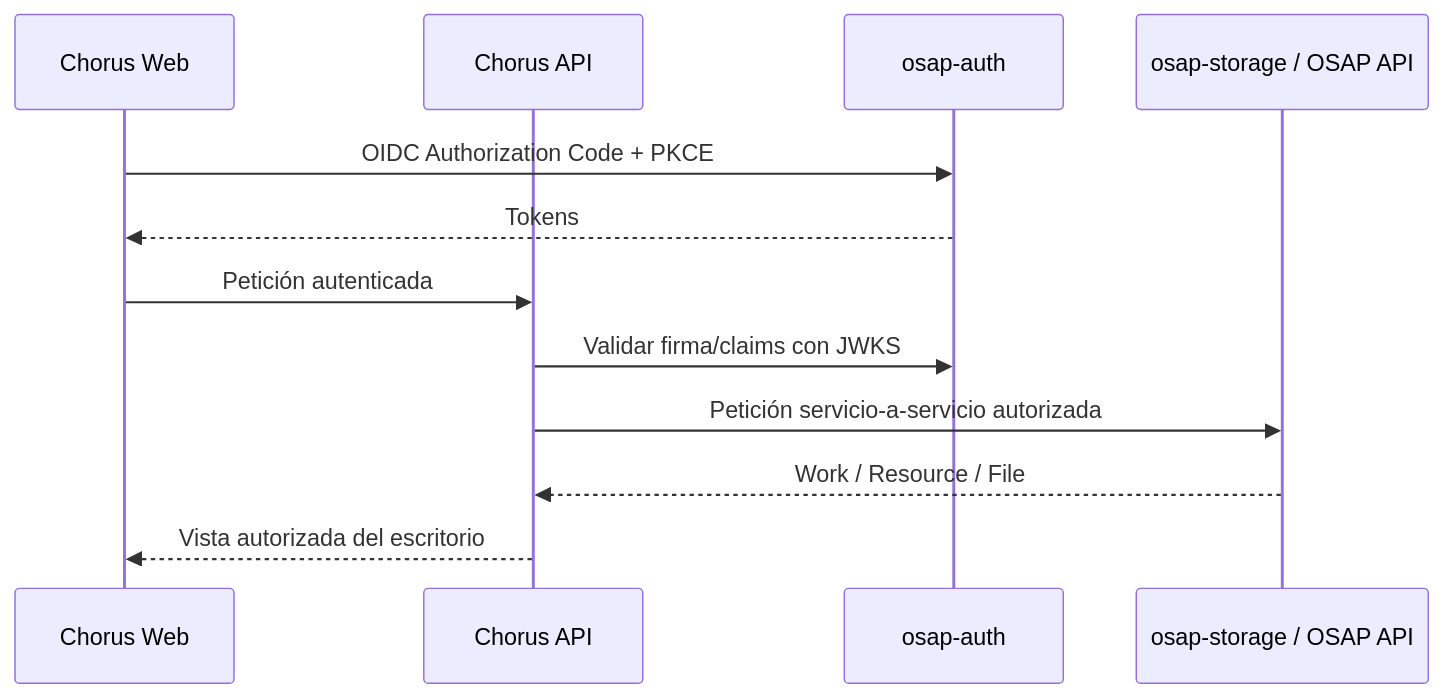
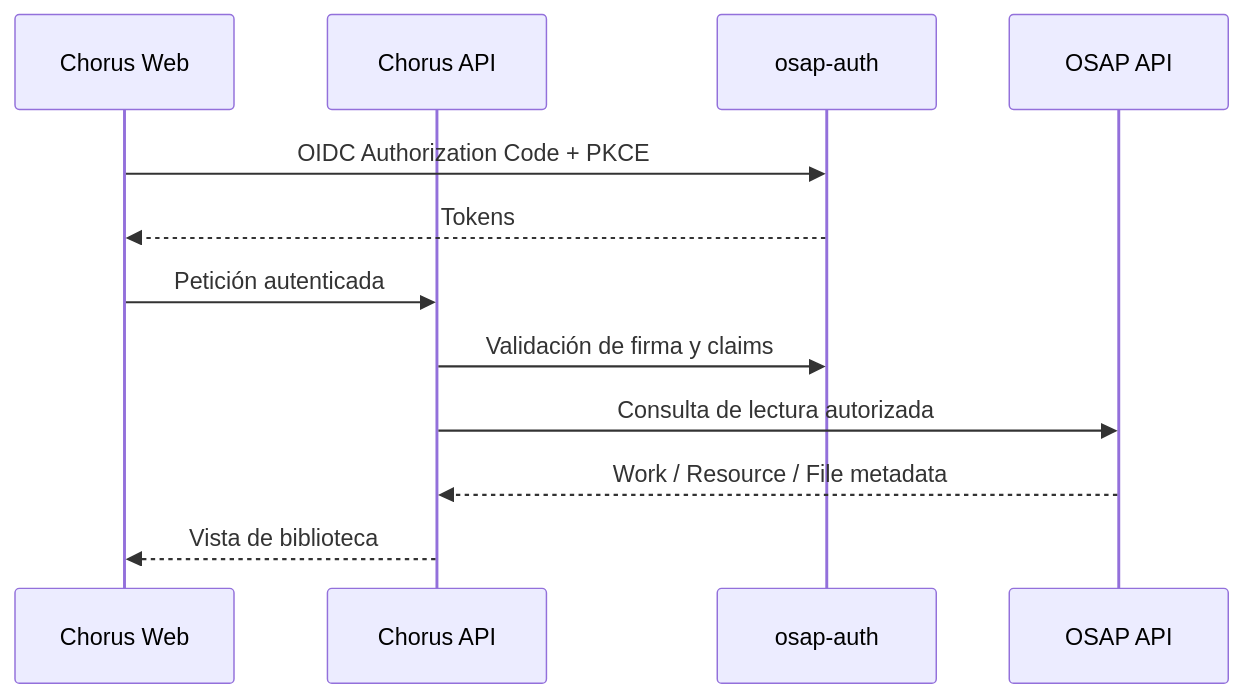
The diagram in docs/integration-contracts.md (recursosformacion/ai_chorus), drawn with Mermaid before and after one commit. The commit also changed other lines of this file, not shown here.

Commit message:
Align Chorus docs with own database and OSAP read-only scope

````diff
--- a/docs/integration-contracts.md
+++ b/docs/integration-contracts.md
@@ -59,15 +41,15 @@
 ```mermaid
 sequenceDiagram
     participant Browser as Chorus Web
     participant Chorus as Chorus API
     participant Auth as osap-auth
-    participant Storage as osap-storage / OSAP API
+    participant OSAP as OSAP API
 
     Browser->>Auth: OIDC Authorization Code + PKCE
     Auth-->>Browser: Tokens
     Browser->>Chorus: Petición autenticada
-    Chorus->>Auth: Validar firma/claims con JWKS
-    Chorus->>Storage: Petición servicio-a-servicio autorizada
-    Storage-->>Chorus: Work / Resource / File
-    Chorus-->>Browser: Vista autorizada del escritorio
+    Chorus->>Auth: Validación de firma y claims
+    Chorus->>OSAP: Consulta de lectura autorizada
+    OSAP-->>Chorus: Work / Resource / File metadata
+    Chorus-->>Browser: Vista de biblioteca
 ```
````
